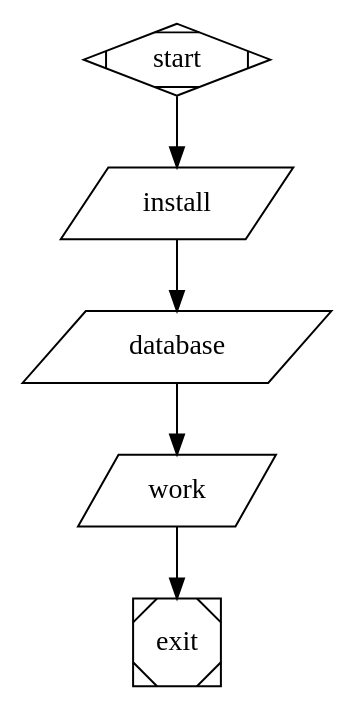
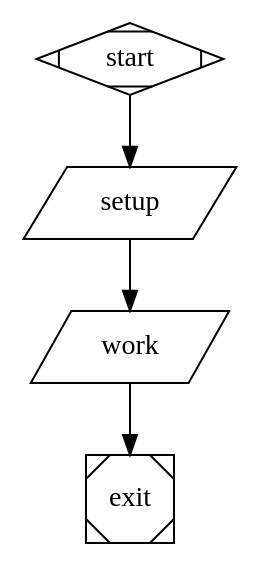
The diagram in crates/fabro/MIGRATION.md (lithoscomputer/petri), drawn with Graphviz before and after one commit. The commit also changed other lines of this file and 6 other files, not shown here.

````diff
--- a/crates/fabro/MIGRATION.md
+++ b/crates/fabro/MIGRATION.md
@@ -23,10 +16,9 @@
 ```dot
 digraph Workflow {
   start [shape=Mdiamond]
-  install [shape=parallelogram, script="bundle install", timeout="5m", on_failure="exit"]
-  database [shape=parallelogram, script="bundle exec rake db:prepare", timeout="5m", on_failure="exit"]
-  work [shape=parallelogram, script="bundle exec rake test"]
+  setup [shape=parallelogram, script="make setup", timeout="5m", on_failure="exit"]
+  work [shape=parallelogram, script="make test"]
   exit [shape=Msquare]
-  start -> install -> database -> work -> exit
+  start -> setup -> work -> exit
 }
 ```
````
